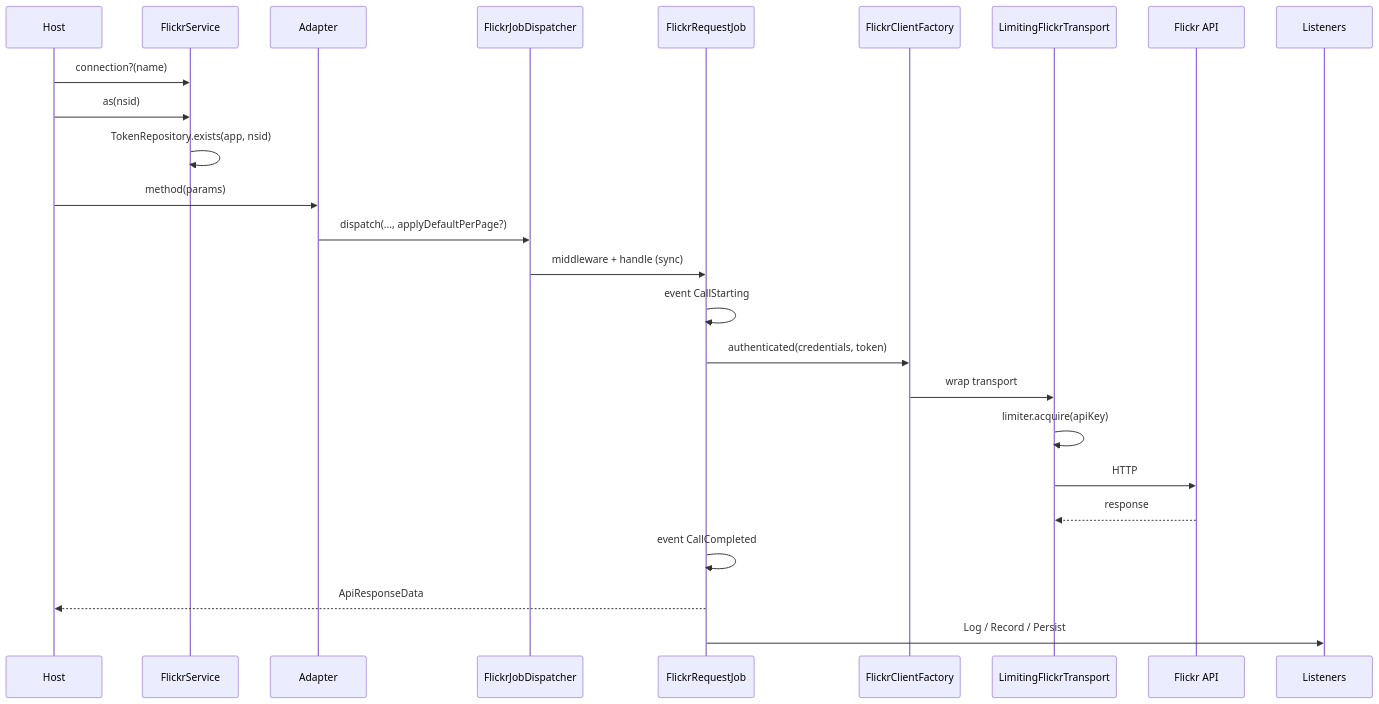
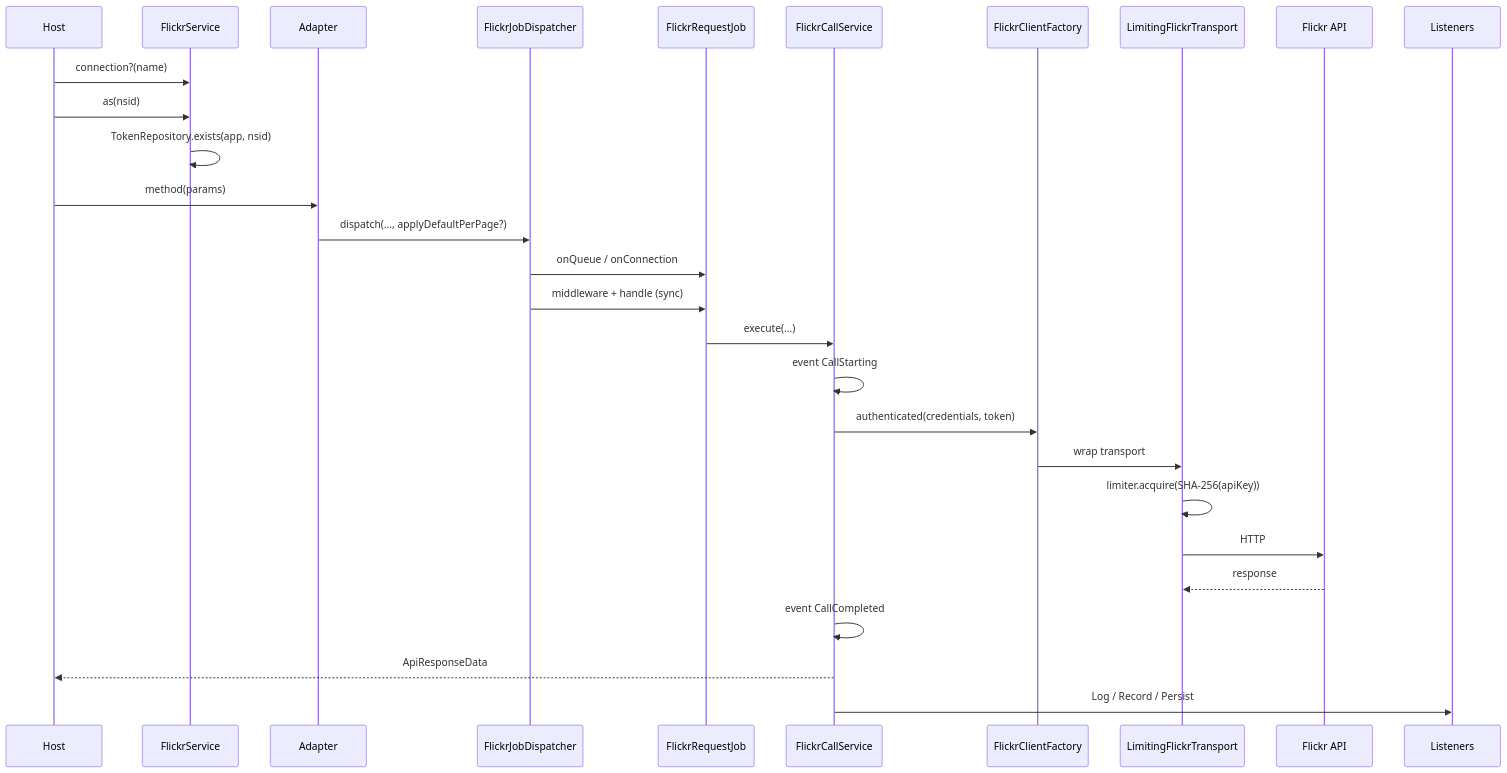
The first of 3 diagrams in docs/00-architecture/03-flows.md (jooservices/laravel-flickr), drawn with Mermaid before and after one commit. The commit also changed other lines of this file and 69 other files, not shown here.

````diff
--- a/docs/00-architecture/03-flows.md
+++ b/docs/00-architecture/03-flows.md
@@ -5,28 +5,31 @@
 ```mermaid
 sequenceDiagram
   participant Host
   participant FS as FlickrService
   participant Ad as Adapter
   participant JD as FlickrJobDispatcher
   participant Job as FlickrRequestJob
+  participant Call as FlickrCallService
   participant Fac as FlickrClientFactory
   participant LT as LimitingFlickrTransport
   participant API as Flickr API
   participant Ev as Listeners
 
   Host->>FS: connection?(name)
   Host->>FS: as(nsid)
   FS->>FS: TokenRepository.exists(app, nsid)
   Host->>Ad: method(params)
   Ad->>JD: dispatch(..., applyDefaultPerPage?)
+  JD->>Job: onQueue / onConnection
   JD->>Job: middleware + handle (sync)
-  Job->>Job: event CallStarting
-  Job->>Fac: authenticated(credentials, token)
+  Job->>Call: execute(...)
+  Call->>Call: event CallStarting
+  Call->>Fac: authenticated(credentials, token)
   Fac->>LT: wrap transport
-  LT->>LT: limiter.acquire(apiKey)
+  LT->>LT: limiter.acquire(SHA-256(apiKey))
   LT->>API: HTTP
   API-->>LT: response
-  Job->>Job: event CallCompleted
-  Job-->>Host: ApiResponseData
-  Job->>Ev: Log / Record / Persist
+  Call->>Call: event CallCompleted
+  Call-->>Host: ApiResponseData
+  Call->>Ev: Log / Record / Persist
 ```
````
